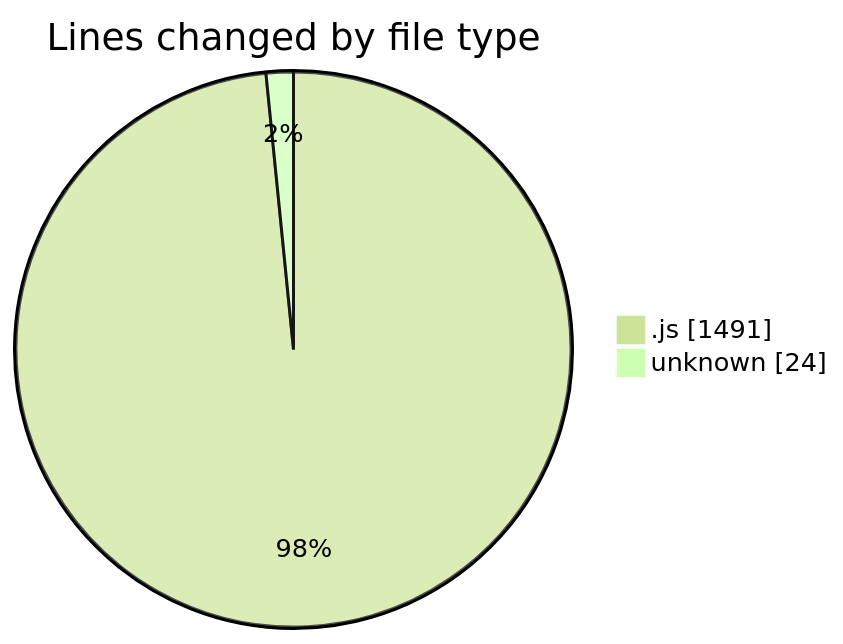
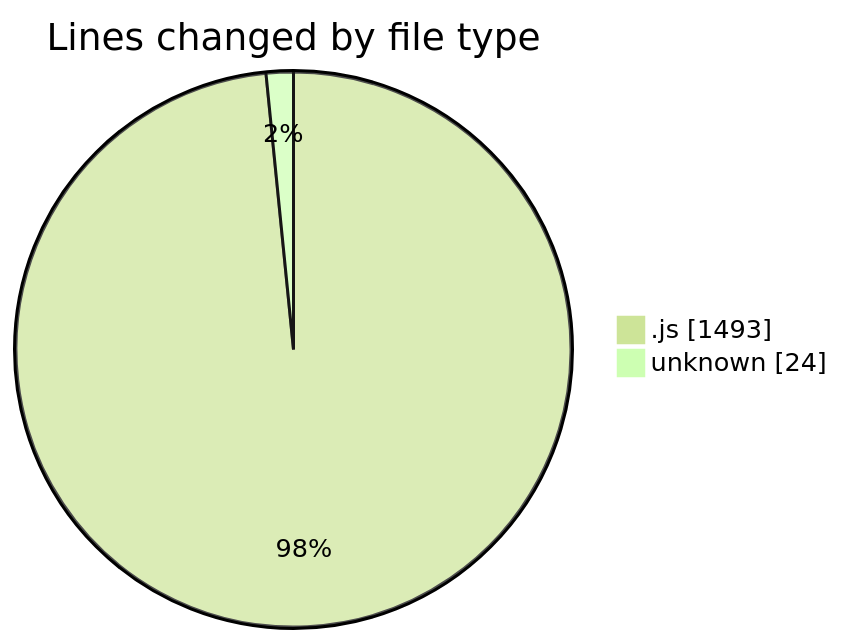
One commit to momahboobian/code-tracking changed the first of 2 diagrams in 2025-02-04/cda/README.md. Above: the diagram before and after it, drawn with Mermaid (forest theme). The commit also changed other lines of this file and 1 other file, not shown here.

````diff
--- a/2025-02-04/cda/README.md
+++ b/2025-02-04/cda/README.md
@@ -24,6 +24,6 @@
 ```mermaid
 pie showData
 title Lines changed by file type
-".js" : 1491
+".js" : 1493
 "unknown" : 24
 ```
````
